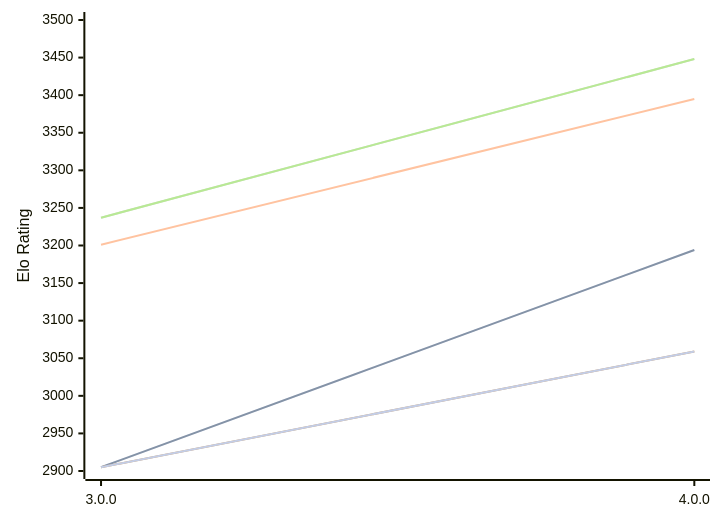
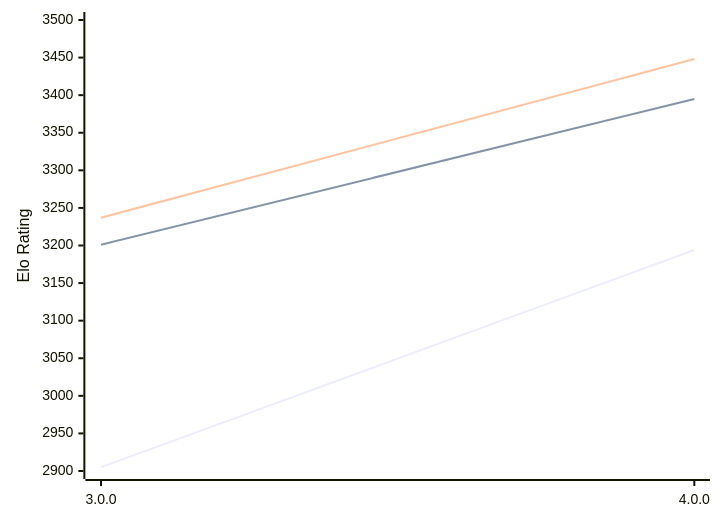
The diagram in engines/Avalanche.md (computer-chess-index/cci), drawn with Mermaid before and after one commit. The commit also changed other lines of this file, not shown here.

````diff
--- a/engines/Avalanche.md
+++ b/engines/Avalanche.md
@@ -48,13 +48,9 @@
 ```mermaid
 %%{init: {"theme":"base","themeVariables":{"seriesColors:['#a3a3a3','#222221','#faa371']}}}%%
 xychart-beta
   x-axis ["3.0.0", "4.0.0"]
   y-axis "Elo Rating" 2900 --> 3500
-  line "" [2905, 3194]
   line "T1: STC (8.0+0.08s)" [2905, 3194]
   line "T1: LTC (60.0+0.60s)" [3201, 3395]
-  line "" [3237, 3448]
   line "T1: VLTC (2m24s+1.12s)" [3237, 3448]
-  line "" [2905,3059]
-  line "E1: STC (8.0+0.08s)" [2905,3059]
 ```
````
